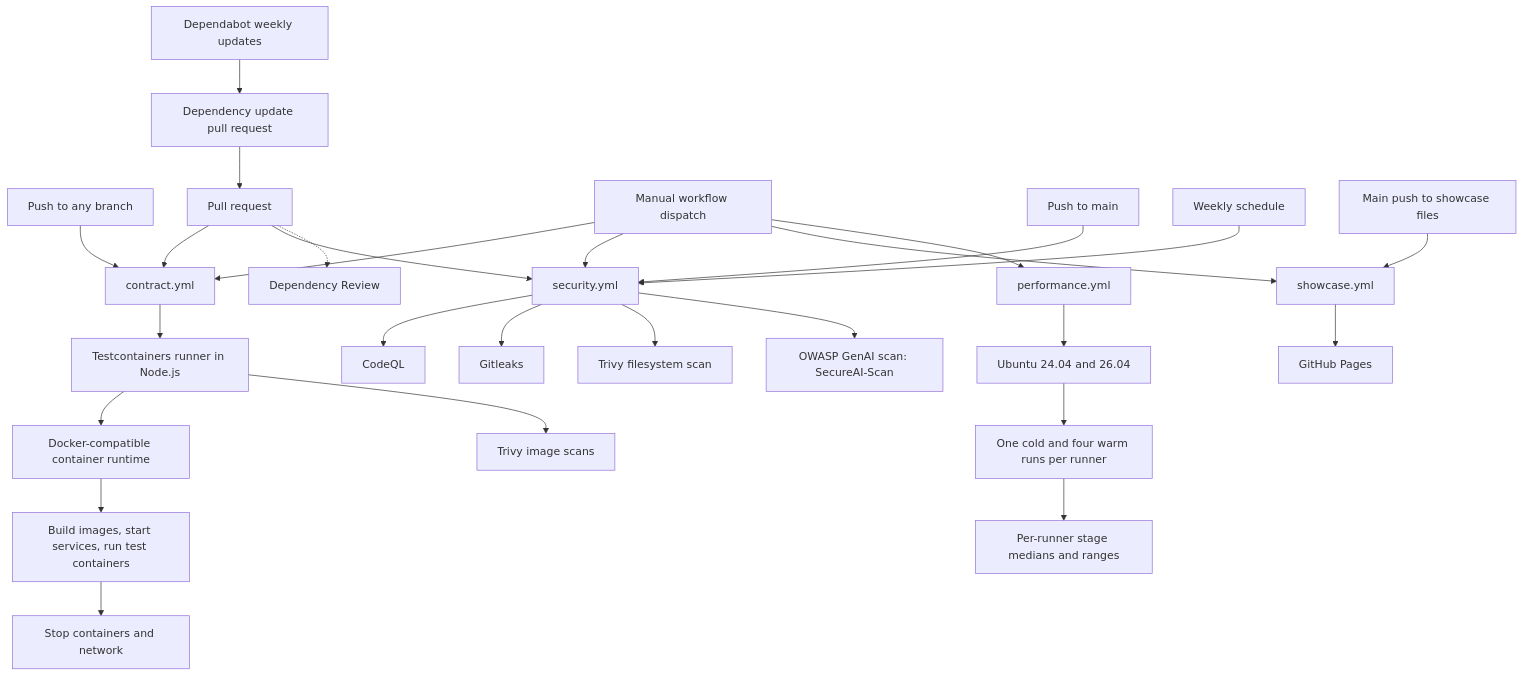
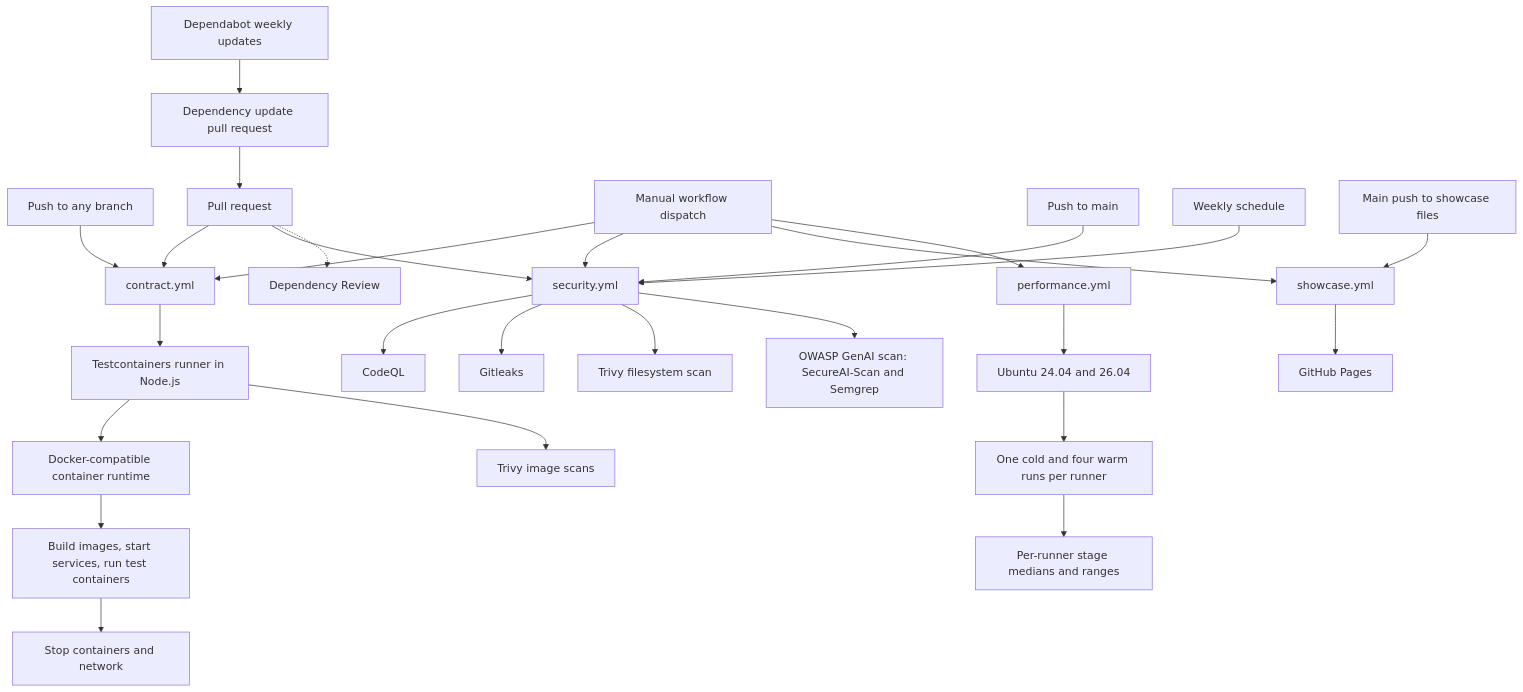
Before and after one commit to shoman2020/oas-polycontract: the second of 2 diagrams in README.md, drawn with Mermaid. The commit also changed other lines of this file and 13 other files, not shown here.

Commit message:
Add language-specific GenAI security examples

````diff
--- a/README.md
+++ b/README.md
@@ -55,31 +55,31 @@
 ```mermaid
 flowchart TB
   AnyPush[Push to any branch] --> Contract[contract.yml]
   PullRequest[Pull request] --> Contract
   Manual[Manual workflow dispatch] --> Contract
   Contract --> Runner[Testcontainers runner in Node.js]
   Runner --> Runtime[Docker-compatible container runtime]
   Runtime --> Tasks[Build images, start services, run test containers]
   Tasks --> Cleanup[Stop containers and network]
   Runner --> ImageScans[Trivy image scans]
 
   MainPush[Push to main] --> Security[security.yml]
   PullRequest --> Security
   Weekly[Weekly schedule] --> Security
   Manual --> Security
   Security --> CodeQL[CodeQL]
   Security --> Secrets[Gitleaks]
   Security --> FileScan[Trivy filesystem scan]
-  Security --> AIScan[OWASP GenAI scan: SecureAI-Scan]
+  Security --> AIScan[OWASP GenAI scan: SecureAI-Scan and Semgrep]
   PullRequest -.-> Review[Dependency Review]
 
   ShowcasePush[Main push to showcase files] --> Showcase[showcase.yml]
   Manual --> Showcase
   Showcase --> Pages[GitHub Pages]
   Manual --> Performance[performance.yml]
   Performance --> Runners[Ubuntu 24.04 and 26.04]
   Runners --> Samples[One cold and four warm runs per runner]
   Samples --> Timings[Per-runner stage medians and ranges]
   Dependabot[Dependabot weekly updates] --> UpdatePR[Dependency update pull request]
   UpdatePR --> PullRequest
 ```
````
